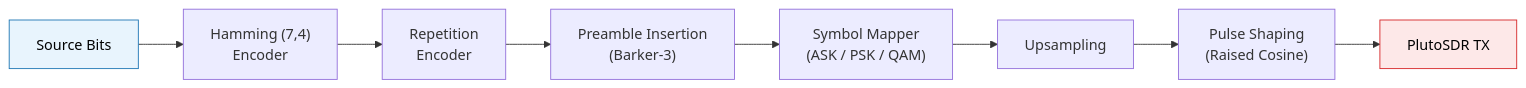
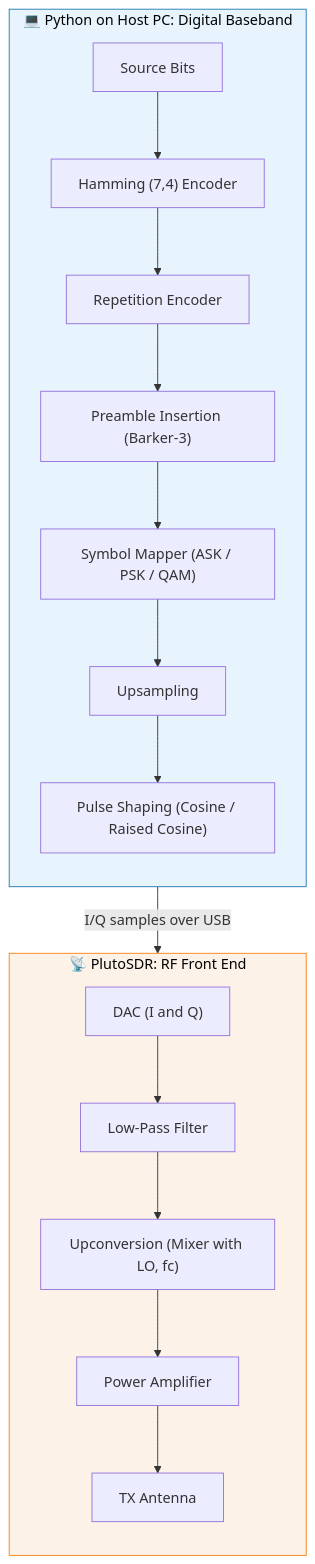
Before and after one commit to ratnawatlove-wq/python-sdr-transceiver: the first of 2 diagrams in README.md, drawn with Mermaid. The commit also changed other lines of this file, not shown here.

Commit message:
Modified Diagram in readme

````diff
--- a/README.md
+++ b/README.md
@@ -37,13 +40,25 @@
 ```mermaid
-flowchart LR
-    A["Source Bits"] --> B["Hamming (7,4)<br/>Encoder"]
-    B --> C["Repetition<br/>Encoder"]
-    C --> D["Preamble Insertion<br/>(Barker-3)"]
-    D --> E["Symbol Mapper<br/>(ASK / PSK / QAM)"]
-    E --> F["Upsampling"]
-    F --> G["Pulse Shaping<br/>(Raised Cosine)"]
-    G --> H["PlutoSDR TX"]
+flowchart TB
+    subgraph HOST["💻 Python on Host PC: Digital Baseband"]
+        direction TB
+        A["Source Bits"] --> B["Hamming (7,4) Encoder"]
+        B --> C["Repetition Encoder"]
+        C --> D["Preamble Insertion (Barker-3)"]
+        D --> E["Symbol Mapper (ASK / PSK / QAM)"]
+        E --> F["Upsampling"]
+        F --> G["Pulse Shaping (Cosine / Raised Cosine)"]
+    end
 
-    style A fill:#e8f4fd,stroke:#1f77b4,color:#000
-    style H fill:#fde8e8,stroke:#d62728,color:#000
+    subgraph PLUTO["📡 PlutoSDR: RF Front End"]
+        direction TB
+        H["DAC (I and Q)"] --> I["Low-Pass Filter"]
+        I --> J["Upconversion (Mixer with LO, fc)"]
+        J --> K["Power Amplifier"]
+        K --> L["TX Antenna"]
+    end
+
+    G -->|"I/Q samples over USB"| H
+
+    style HOST fill:#e8f4fd,stroke:#1f77b4,color:#000
+    style PLUTO fill:#fdf2e8,stroke:#ff7f0e,color:#000
 ```
````
